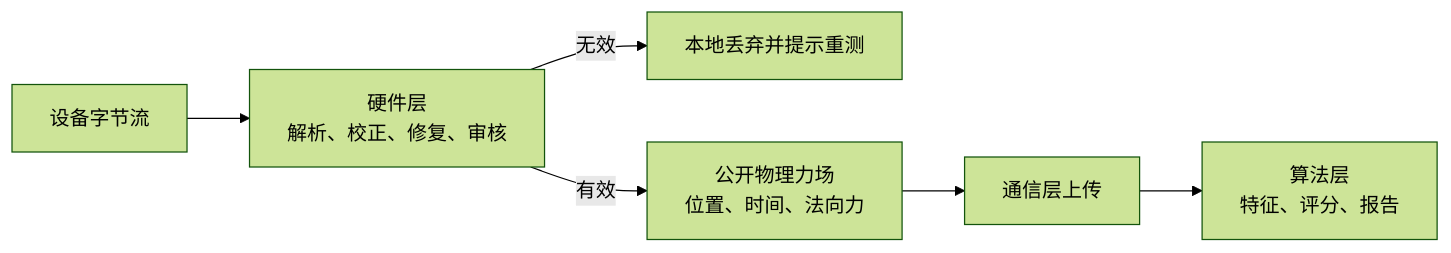
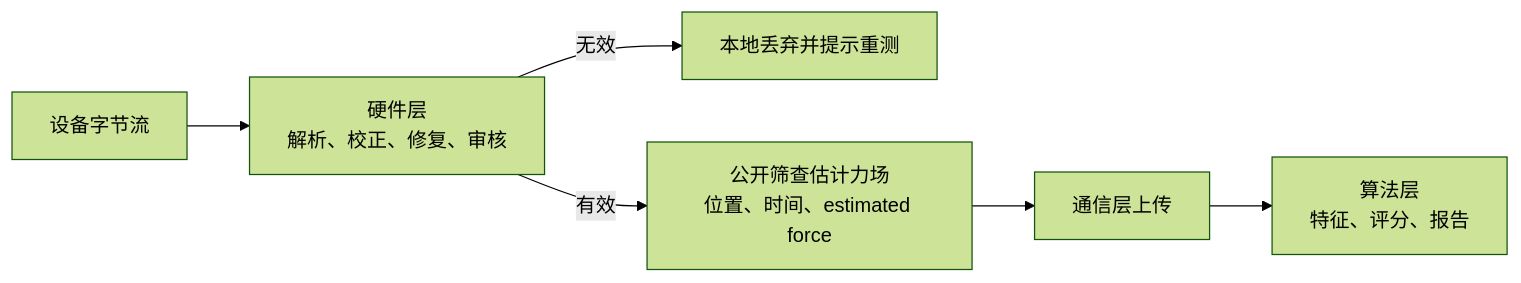
One commit to RGu0/feet-force-plate changed the diagram in docs/algorithm/00-hardware-algorithm-interaction-v1.md. Above: the diagram before and after it, drawn with Mermaid (forest theme). The commit also changed other lines of this file and 43 other files, not shown here.

Commit message:
Use estimated force for screening inputs

````diff
--- a/docs/algorithm/00-hardware-algorithm-interaction-v1.md
+++ b/docs/algorithm/00-hardware-algorithm-interaction-v1.md
@@ -20,11 +20,11 @@
 ```mermaid
 flowchart LR
     A[设备字节流] --> B[硬件层
 解析、校正、修复、审核]
     B -->|无效| C[本地丢弃并提示重测]
-    B -->|有效| D[公开物理力场
-位置、时间、法向力]
+    B -->|有效| D[公开筛查估计力场
+位置、时间、estimated force]
     D --> E[通信层上传]
     E --> F[算法层
 特征、评分、报告]
 ```
````
